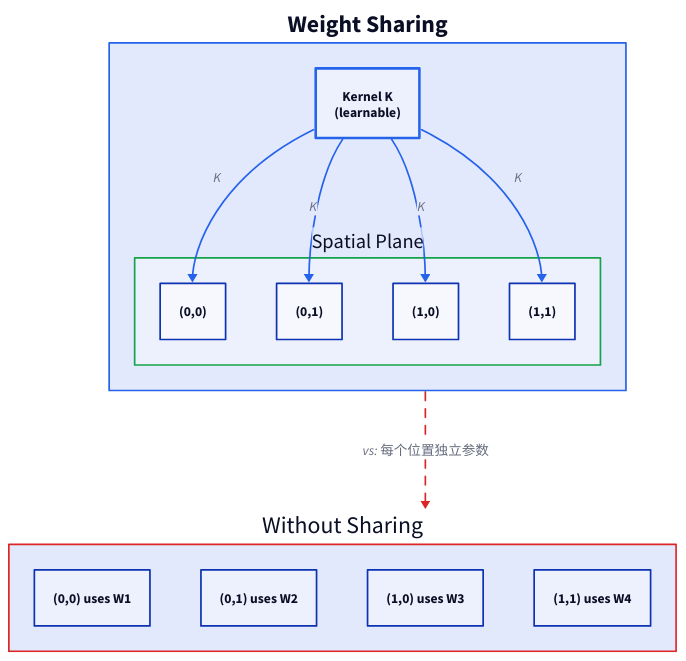
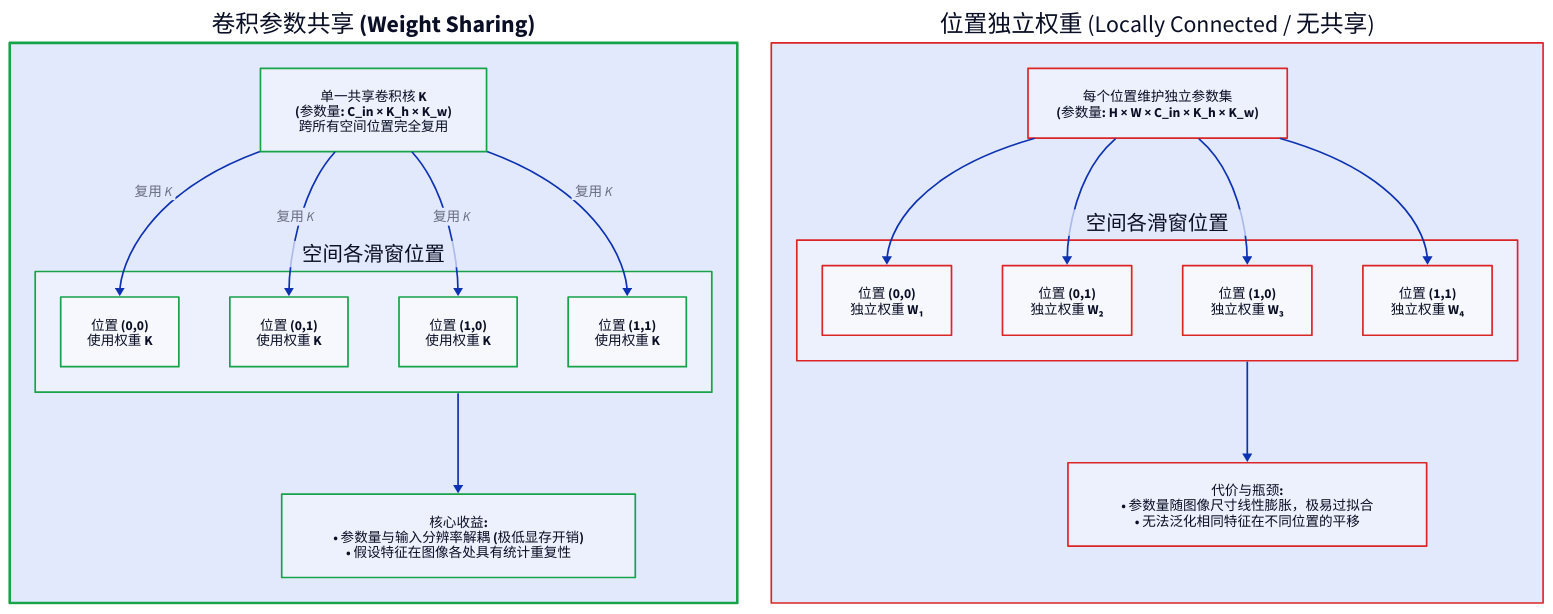
The diagram in images/convnet-architecture-thinking/weight-sharing.d2 (111qqz/111qqz.github.io), drawn with D2 before and after one commit. The commit also changed 512 other files, not shown here.

Commit message:
fix(images): 同步概率密度配图精简并更新图片清册 111qqz/hugo-blog@1e605b2ee9908b4a5846f8919189ce75324d62b7

```diff
--- a/images/convnet-architecture-thinking/weight-sharing.d2
+++ b/images/convnet-architecture-thinking/weight-sharing.d2
@@ -1,41 +1,63 @@
-direction: down
+grid-columns: 2
 
-sharing: "Weight Sharing" {
-  style.stroke: "#2563eb"
-  style.stroke-width: 2
+sharing: "卷积参数共享 (Weight Sharing)" {
+  style.stroke: "#16a34a"
+  style.stroke-width: 3
   style.bold: true
+  direction: down
 
-  direction: right
-  kernel: "Kernel K\n(learnable)" {
+  kernel: "单一共享卷积核 K\n(参数量: C_in × K_h × K_w)\n跨所有空间位置完全复用" {
+    style.stroke: "#16a34a"
+    style.stroke-width: 2
     style.bold: true
-    style.stroke: "#2563eb"
-    style.stroke-width: 3
   }
 
-  positions: "Spatial Plane" {
+  positions: "空间各滑窗位置" {
     style.stroke: "#16a34a"
-
-    p1: "(0,0)"
-    p2: "(0,1)"
-    p3: "(1,0)"
-    p4: "(1,1)"
+    direction: right
+    p1: "位置 (0,0)\n使用权重 K" {style.stroke: "#16a34a"}
+    p2: "位置 (0,1)\n使用权重 K" {style.stroke: "#16a34a"}
+    p3: "位置 (1,0)\n使用权重 K" {style.stroke: "#16a34a"}
+    p4: "位置 (1,1)\n使用权重 K" {style.stroke: "#16a34a"}
   }
 
-  kernel -> positions.p1: "K" {style.stroke: "#2563eb"}
-  kernel -> positions.p2: "K" {style.stroke: "#2563eb"}
-  kernel -> positions.p3: "K" {style.stroke: "#2563eb"}
-  kernel -> positions.p4: "K" {style.stroke: "#2563eb"}
+  trait: "核心收益:\n• 参数量与输入分辨率解耦 (极低显存开销)\n• 假设特征在图像各处具有统计重复性" {
+    style.stroke: "#16a34a"
+  }
+
+  kernel -> positions.p1: "复用 K"
+  kernel -> positions.p2: "复用 K"
+  kernel -> positions.p3: "复用 K"
+  kernel -> positions.p4: "复用 K"
+  positions -> trait
 }
 
-no-share: "Without Sharing" {
+no_sharing: "位置独立权重 (Locally Connected / 无共享)" {
   style.stroke: "#dc2626"
   style.stroke-width: 2
+  direction: down
 
-  direction: right
-  w1: "(0,0) uses W1"
-  w2: "(0,1) uses W2"
-  w3: "(1,0) uses W3"
-  w4: "(1,1) uses W4"
+  weights: "每个位置维护独立参数集\n(参数量: H × W × C_in × K_h × K_w)" {
+    style.stroke: "#dc2626"
+    style.stroke-width: 2
+  }
+
+  positions_no: "空间各滑窗位置" {
+    style.stroke: "#dc2626"
+    direction: right
+    w1: "位置 (0,0)\n独立权重 W₁" {style.stroke: "#dc2626"}
+    w2: "位置 (0,1)\n独立权重 W₂" {style.stroke: "#dc2626"}
+    w3: "位置 (1,0)\n独立权重 W₃" {style.stroke: "#dc2626"}
+    w4: "位置 (1,1)\n独立权重 W₄" {style.stroke: "#dc2626"}
+  }
+
+  trait_no: "代价与瓶颈:\n• 参数量随图像尺寸线性膨胀，极易过拟合\n• 无法泛化相同特征在不同位置的平移" {
+    style.stroke: "#dc2626"
+  }
+
+  weights -> positions_no.w1
+  weights -> positions_no.w2
+  weights -> positions_no.w3
+  weights -> positions_no.w4
+  positions_no -> trait_no
 }
-
-sharing -> no-share: "vs: 每个位置独立参数" {style.stroke-dash: 5; style.stroke: "#dc2626"}
```
